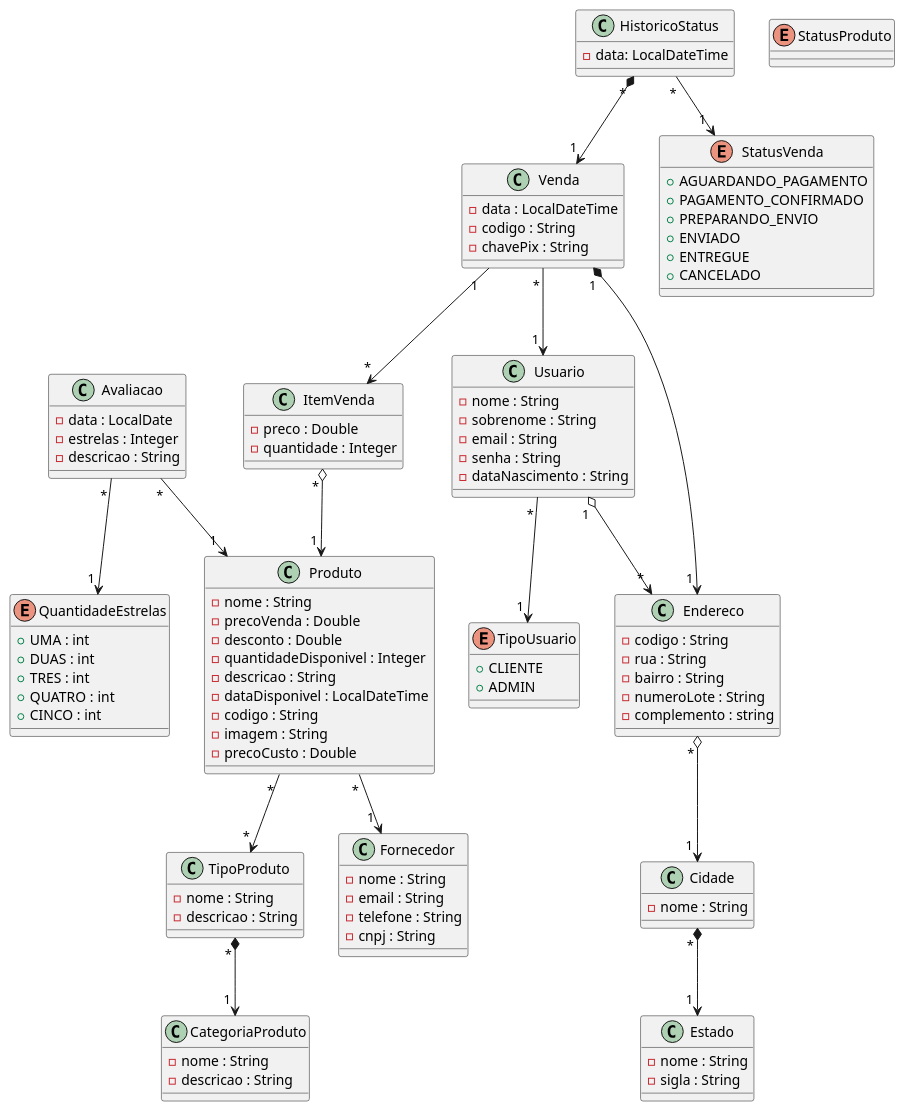
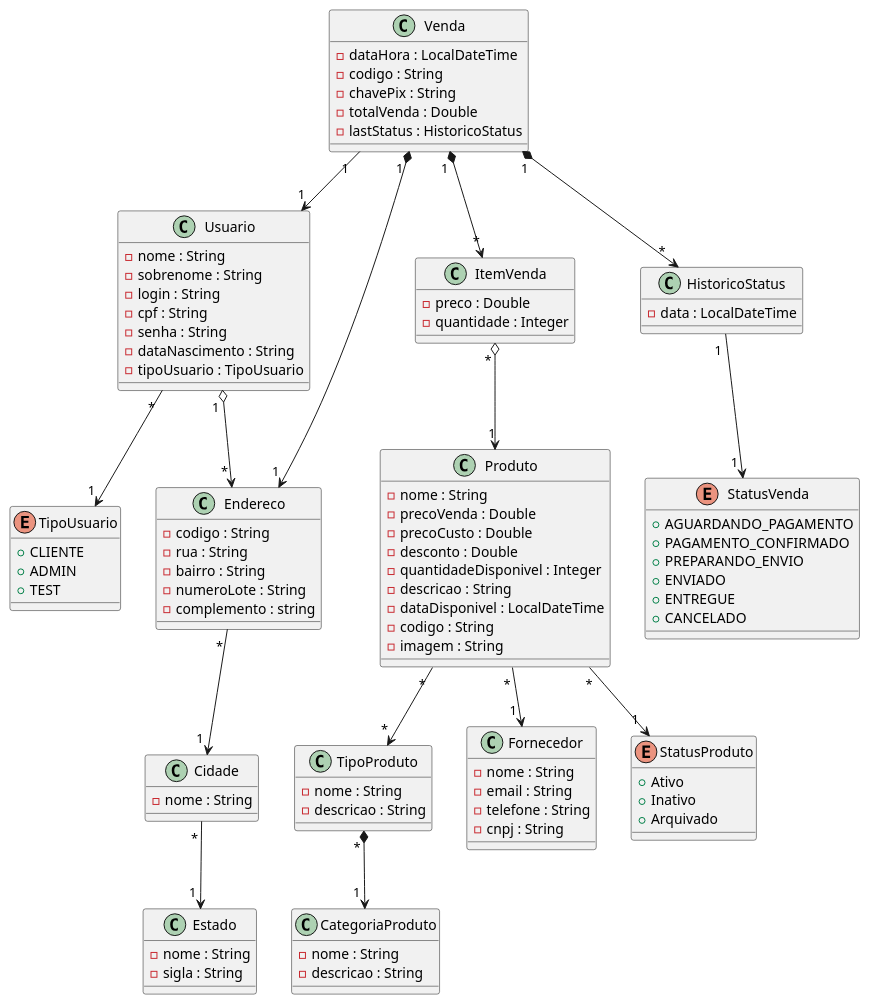
One commit to bealfredo/tp-floricultura-quarkus changed the diagram in others/plantumlnovo.plantuml. Above: the diagram before and after it, drawn with PlantUML. The commit also changed 12 other files, not shown here.

```diff
--- a/others/plantumlnovo.plantuml
+++ b/others/plantumlnovo.plantuml
@@ -1,126 +1,138 @@
 @startuml TrabalhoTopicos
 
 class Usuario {
   - nome : String
   - sobrenome : String
-  - email : String
+  - login : String
+  - cpf : String
   - senha : String
   - dataNascimento : String
+  - tipoUsuario : TipoUsuario
 }
+
+Usuario " * " --> " 1 " TipoUsuario
+Usuario " 1 " o--> " * " Endereco
+
 
 enum TipoUsuario{
   + CLIENTE
   + ADMIN
+  + TEST
 }
 
 class Endereco {
   - codigo : String
   - rua : String
   - bairro : String
   - numeroLote : String
   - complemento : string
 }
 
+Endereco " * " --> " 1 " Cidade
+
+class Cidade {
+  - nome : String
+}
+
+Cidade " * " --> " 1 " Estado
+
 class Estado {
   - nome : String
   - sigla : String
-}
-
-class Cidade {
-  - nome : String
 }
 
 class CategoriaProduto {
   - nome : String
   - descricao : String
 }
 
 class TipoProduto {
   - nome : String
   - descricao : String
 }
 
-class Produto {
-  - nome : String
-  - precoVenda : Double
-  - desconto : Double
-  - quantidadeDisponivel : Integer
-  - descricao : String
-  - dataDisponivel : LocalDateTime
-  - codigo : String
-  - imagem : String
-  - precoCusto : Double
-}
-
-enum StatusProduto {
-  
-}
-
-
-class ItemVenda {
-  - preco : Double
-  - quantidade : Integer
-}
-
-class Venda {
-  - data : LocalDateTime
-  - codigo : String
-  - chavePix : String
-}
+TipoProduto " * " *--> " 1 " CategoriaProduto
 
 class Fornecedor {
   - nome : String
   - email : String
   - telefone : String
   - cnpj : String
 
 }
 
+class Produto {
+  - nome : String
+  - precoVenda : Double
+  - precoCusto : Double
+  - desconto : Double
+  - quantidadeDisponivel : Integer
+  - descricao : String
+  - dataDisponivel : LocalDateTime
+  - codigo : String
+  - imagem : String
+}
+
+Produto " * " --> " * " TipoProduto
+Produto " * " --> " 1 " StatusProduto
+Produto " * " --> " 1 " Fornecedor
+
+enum StatusProduto {
+  + Ativo
+  + Inativo
+  + Arquivado
+}
+
+
+class ItemVenda {
+  - preco : Double
+  - quantidade : Integer
+}
+
+ItemVenda " * " o--> " 1" Produto
+
+
 class HistoricoStatus {
-  - data: LocalDateTime
+  - data : LocalDateTime
 }
 
 enum StatusVenda {
   + AGUARDANDO_PAGAMENTO
   + PAGAMENTO_CONFIRMADO
   + PREPARANDO_ENVIO
   + ENVIADO
   + ENTREGUE
   + CANCELADO
 }
 
-class Avaliacao {
-  - data : LocalDate
-  - estrelas : Integer
-  - descricao : String
+HistoricoStatus " 1 " --> " 1 " StatusVenda
+
+class Venda {
+  - dataHora : LocalDateTime
+  - codigo : String
+  - chavePix : String
+  - totalVenda : Double
+  - lastStatus : HistoricoStatus
 }
 
-enum QuantidadeEstrelas  {
-  + UMA : int
-  + DUAS : int
-  + TRES : int
-  + QUATRO : int
-  + CINCO : int
-}
+Venda " 1 " *--> " *" ItemVenda
+Venda " 1 " *--> " * " HistoricoStatus
+Venda " 1 " --> " 1 " Usuario
+Venda " 1 " *--> " 1 " Endereco
 
 
-Usuario " * " --> " 1 " TipoUsuario
-Usuario " 1 " o--> " * " Endereco
-Endereco " * " o--> " 1 " Cidade
-Cidade " * " *--> " 1 " Estado
+' class Avaliacao {
+'   - data : LocalDate
+'   - estrelas : Integer
+'   - descricao : String
+' }
 
-Venda " 1 " *--> " 1 " Endereco
-Venda " * " --> " 1 " Usuario
-Venda " 1 " --> " * " ItemVenda
-ItemVenda " * " o--> " 1 " Produto
-Produto " * " --> " 1 " Fornecedor
-HistoricoStatus " * " *--> " 1 " Venda
-HistoricoStatus " * " --> " 1 " StatusVenda
-
-Produto " * " --> " * " TipoProduto
-TipoProduto " * " *--> " 1 " CategoriaProduto
-
-Avaliacao " * " --> " 1 " QuantidadeEstrelas
-Avaliacao " * " --> " 1 " Produto
+' enum QuantidadeEstrelas  {
+'   + UMA : int
+'   + DUAS : int
+'   + TRES : int
+'   + QUATRO : int
+'   + CINCO : int
+' }
 
 @enduml
```
